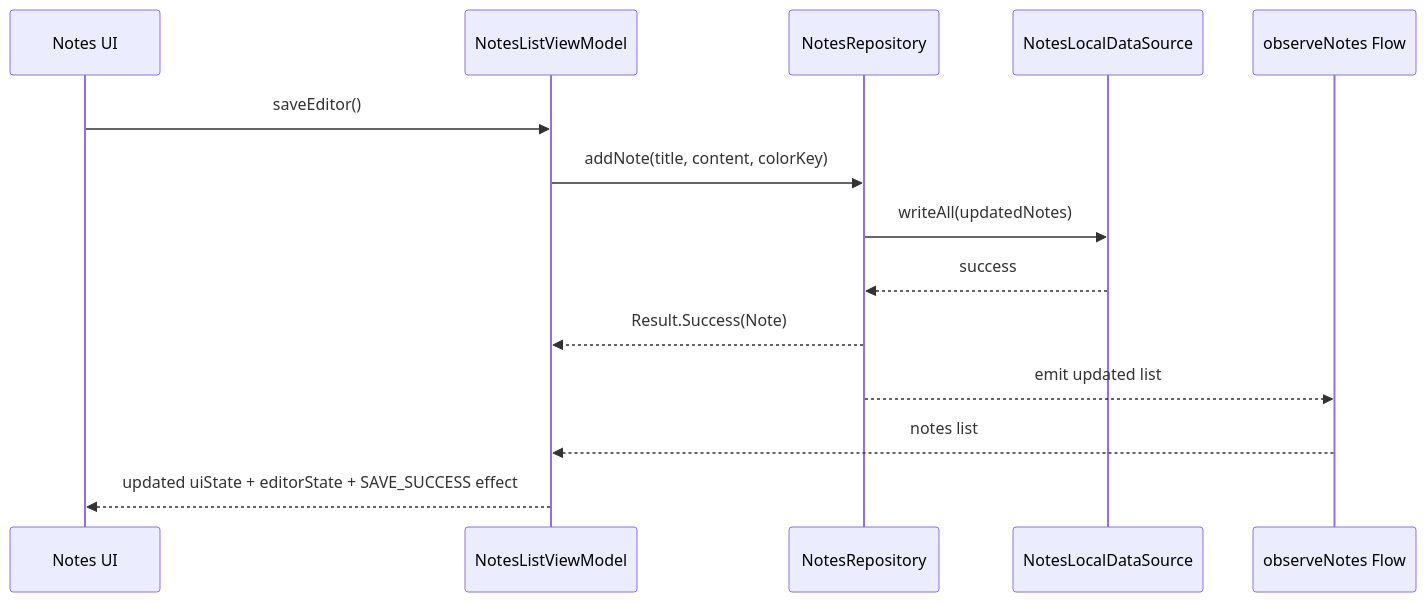
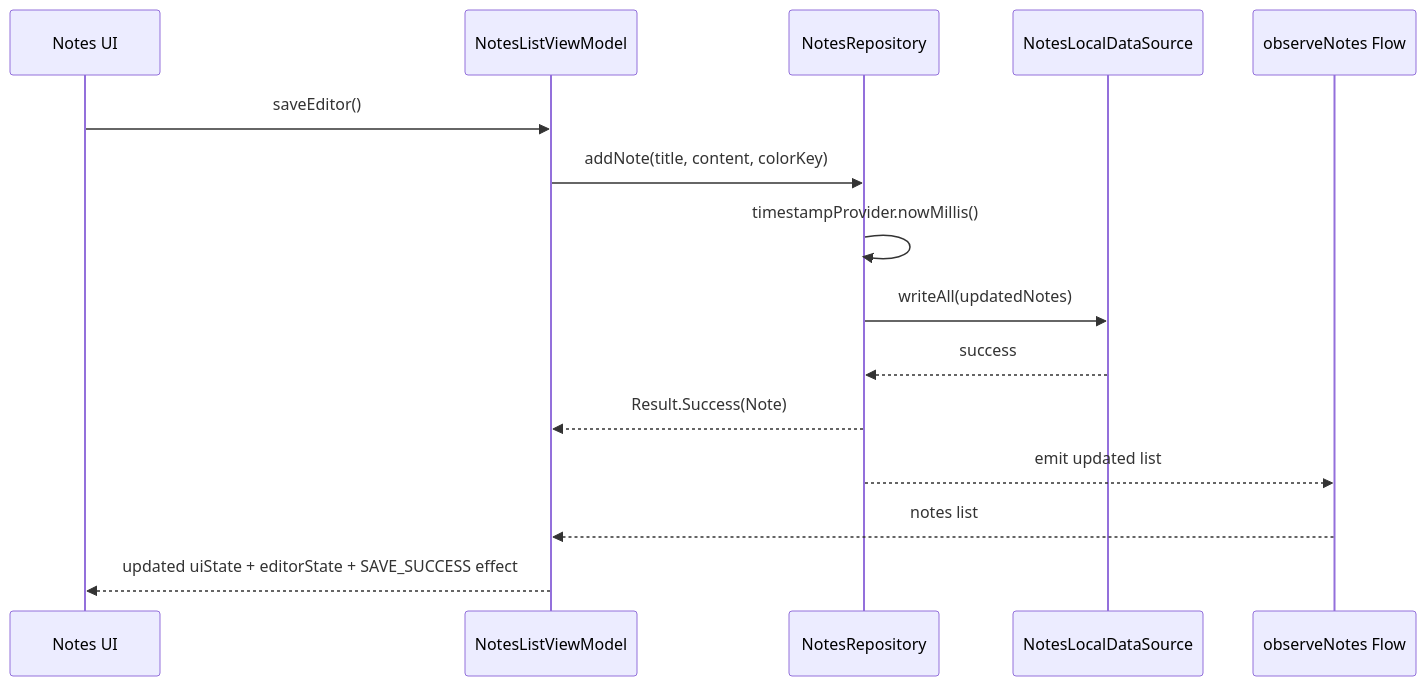
One commit to TheSetox/note changed the third of 4 diagrams in feature/notes/ARCHITECTURE.md. Above: the diagram before and after it, drawn with Mermaid. The commit also changed other lines of this file and 12 other files, not shown here.

````diff
--- a/feature/notes/ARCHITECTURE.md
+++ b/feature/notes/ARCHITECTURE.md
@@ -104,17 +111,18 @@
 ```mermaid
 sequenceDiagram
   participant UI as Notes UI
   participant VM as NotesListViewModel
   participant Repo as NotesRepository
   participant Local as NotesLocalDataSource
   participant Flow as observeNotes Flow
 
   UI->>VM: saveEditor()
   VM->>Repo: addNote(title, content, colorKey)
+  Repo->>Repo: timestampProvider.nowMillis()
   Repo->>Local: writeAll(updatedNotes)
   Local-->>Repo: success
   Repo-->>VM: Result.Success(Note)
   Repo-->>Flow: emit updated list
   Flow-->>VM: notes list
   VM-->>UI: updated uiState + editorState + SAVE_SUCCESS effect
 ```
````
